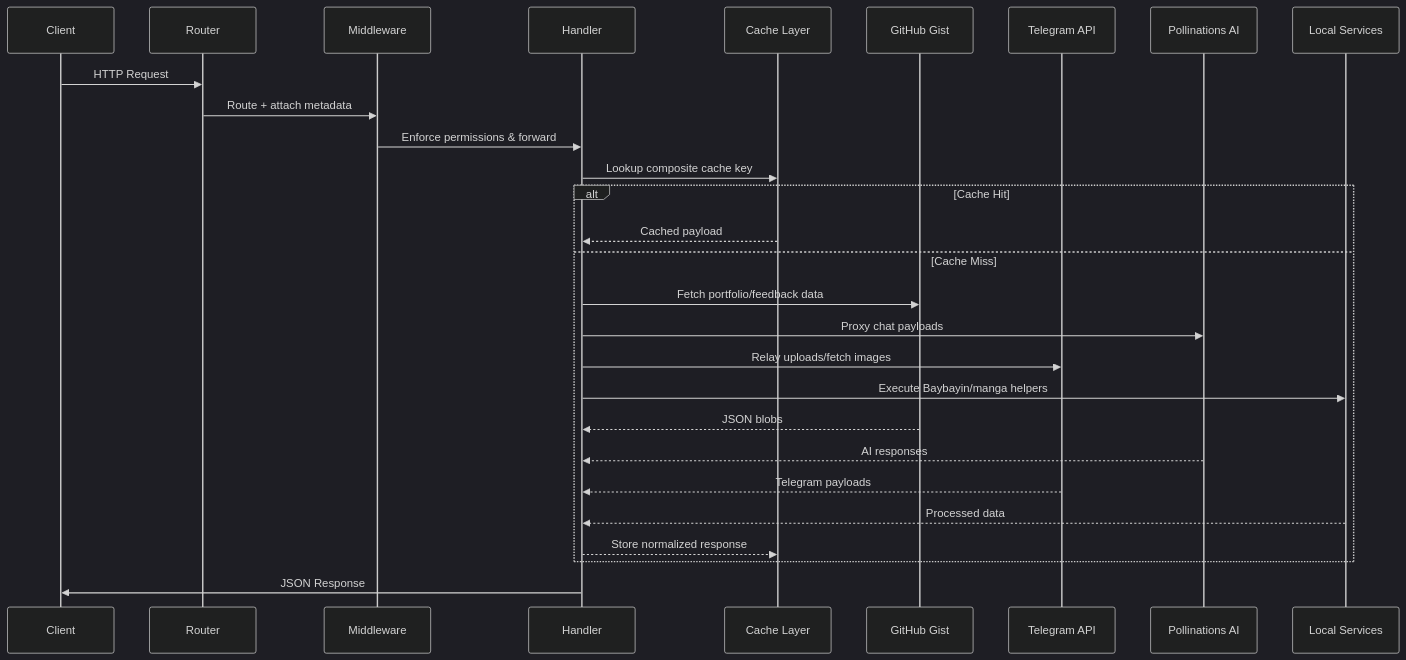
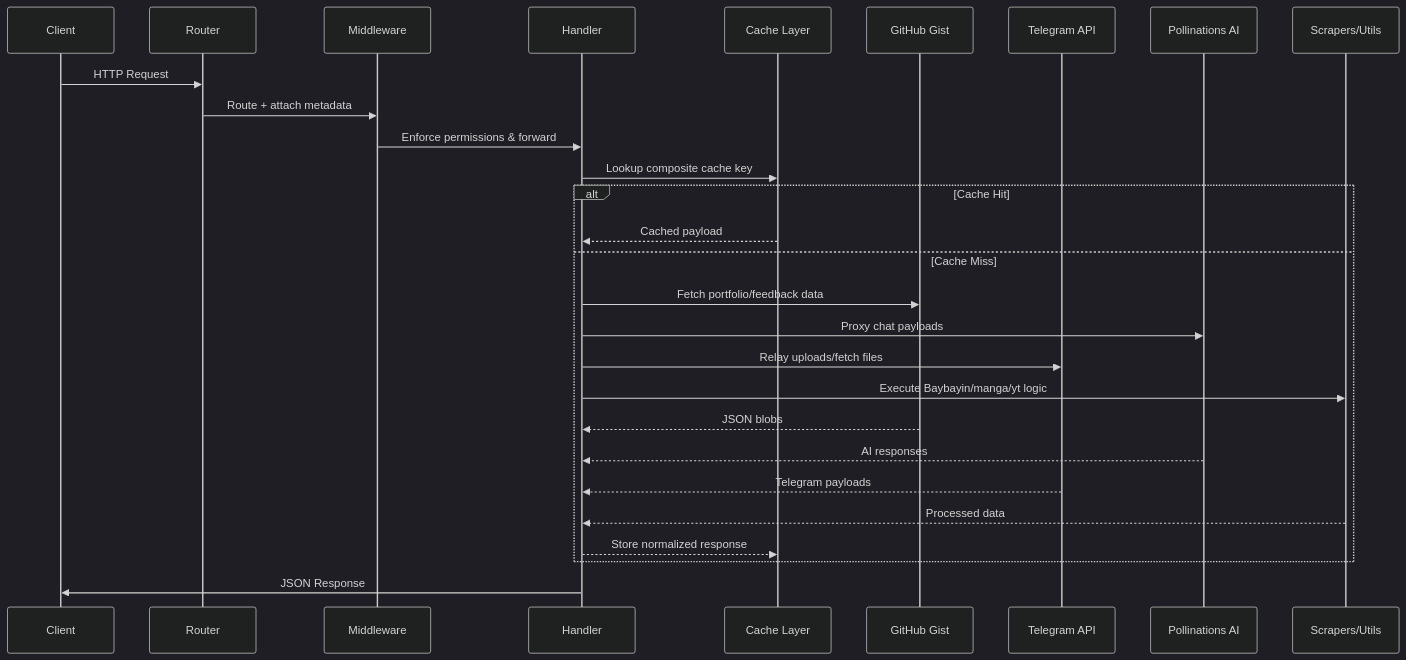
Before and after one commit to RyannKim327/portfolio-backend: the third of 3 diagrams in README.md, drawn with Mermaid (dark theme). The commit also changed other lines of this file, not shown here.

````diff
--- a/README.md
+++ b/README.md
@@ -312,31 +320,31 @@
 ```mermaid
 sequenceDiagram
     participant C as Client
     participant R as Router
     participant M as Middleware
     participant H as Handler
     participant Cache as Cache Layer
     participant G as GitHub Gist
     participant T as Telegram API
     participant AI as Pollinations AI
-    participant L as Local Services
+    participant S as Scrapers/Utils
 
     C->>R: HTTP Request
     R->>M: Route + attach metadata
     M->>H: Enforce permissions & forward
     H->>Cache: Lookup composite cache key
     alt Cache Hit
         Cache-->>H: Cached payload
     else Cache Miss
         H->>G: Fetch portfolio/feedback data
         H->>AI: Proxy chat payloads
-        H->>T: Relay uploads/fetch images
-        H->>L: Execute Baybayin/manga helpers
+        H->>T: Relay uploads/fetch files
+        H->>S: Execute Baybayin/manga/yt logic
         G-->>H: JSON blobs
         AI-->>H: AI responses
         T-->>H: Telegram payloads
-        L-->>H: Processed data
+        S-->>H: Processed data
         H-->>Cache: Store normalized response
     end
     H->>C: JSON Response
 ```
````
